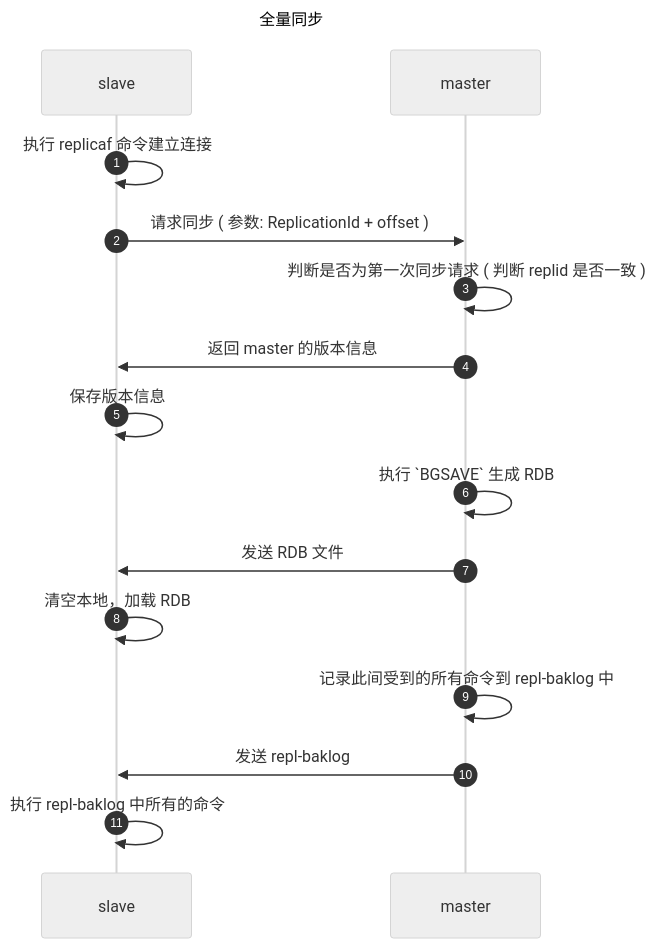
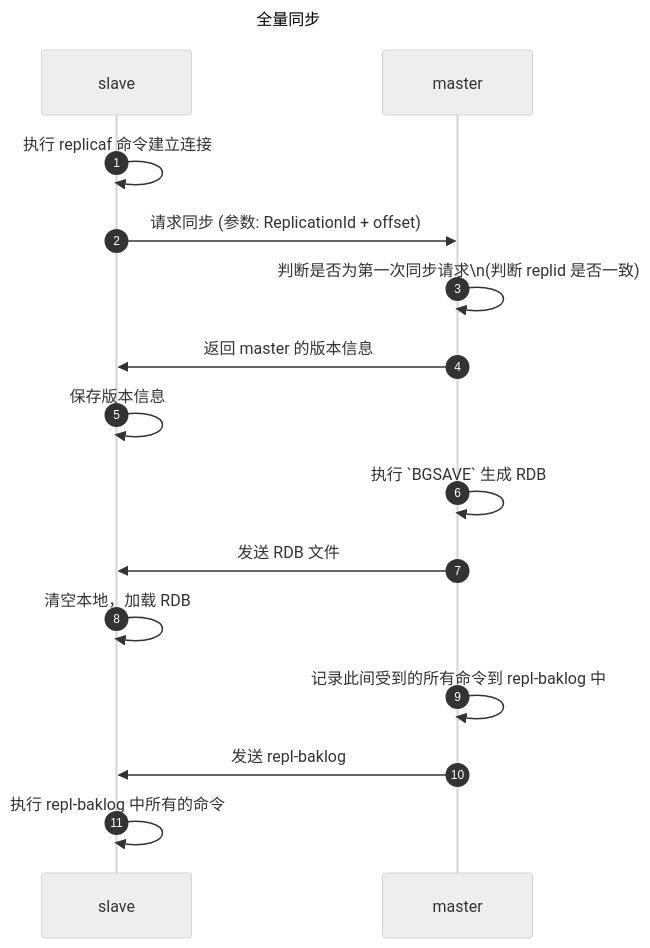
The first of 2 diagrams in docs/1. 数据库/2024-09-04-Redis 详解.md (dingyuqi/keep-it-simple-site), drawn with Mermaid (neutral theme) before and after one commit. The commit also changed other lines of this file and 7 other files, not shown here.

Commit message:
fix(docs): mermaid grammar

````diff
--- a/docs/1. 数据库/2024-09-04-Redis 详解.md
+++ b/docs/1. 数据库/2024-09-04-Redis 详解.md
@@ -122,20 +122,23 @@
 ``` mermaid
 ---
 title: 全量同步
 ---
 sequenceDiagram
     autonumber
+    participant slave
+    participant master
+
     slave->>slave: 执行 replicaf 命令建立连接
-    slave->>master: 请求同步 ( 参数: ReplicationId + offset )
-    master->>master: 判断是否为第一次同步请求 ( 判断 replid 是否一致 )
+    slave->>master: 请求同步 (参数: ReplicationId + offset)
+    master->>master: 判断是否为第一次同步请求\n(判断 replid 是否一致)
     master->>slave: 返回 master 的版本信息
     slave->>slave: 保存版本信息
     master->>master: 执行 `BGSAVE` 生成 RDB
 
     master->>slave: 发送 RDB 文件
     slave->>slave: 清空本地，加载 RDB
     master->>master: 记录此间受到的所有命令到 repl-baklog 中
 
     master->>slave: 发送 repl-baklog
     slave->>slave: 执行 repl-baklog 中所有的命令
 ```
````
